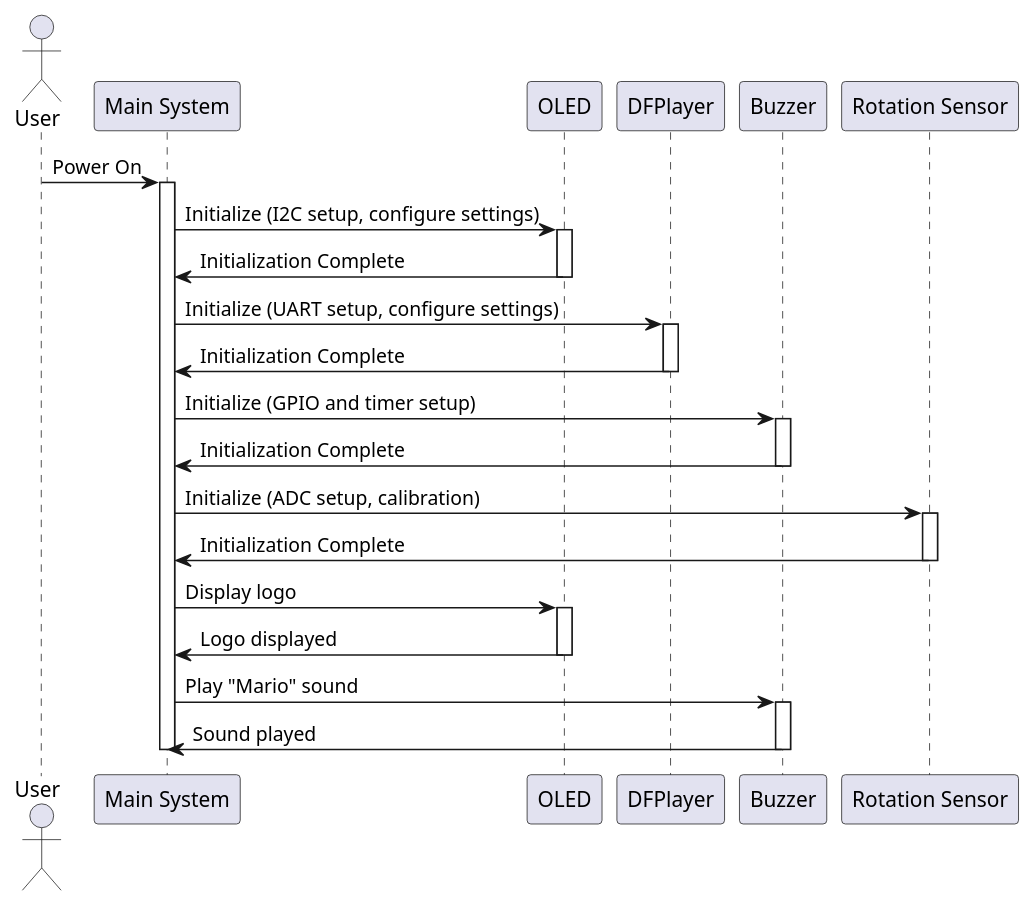
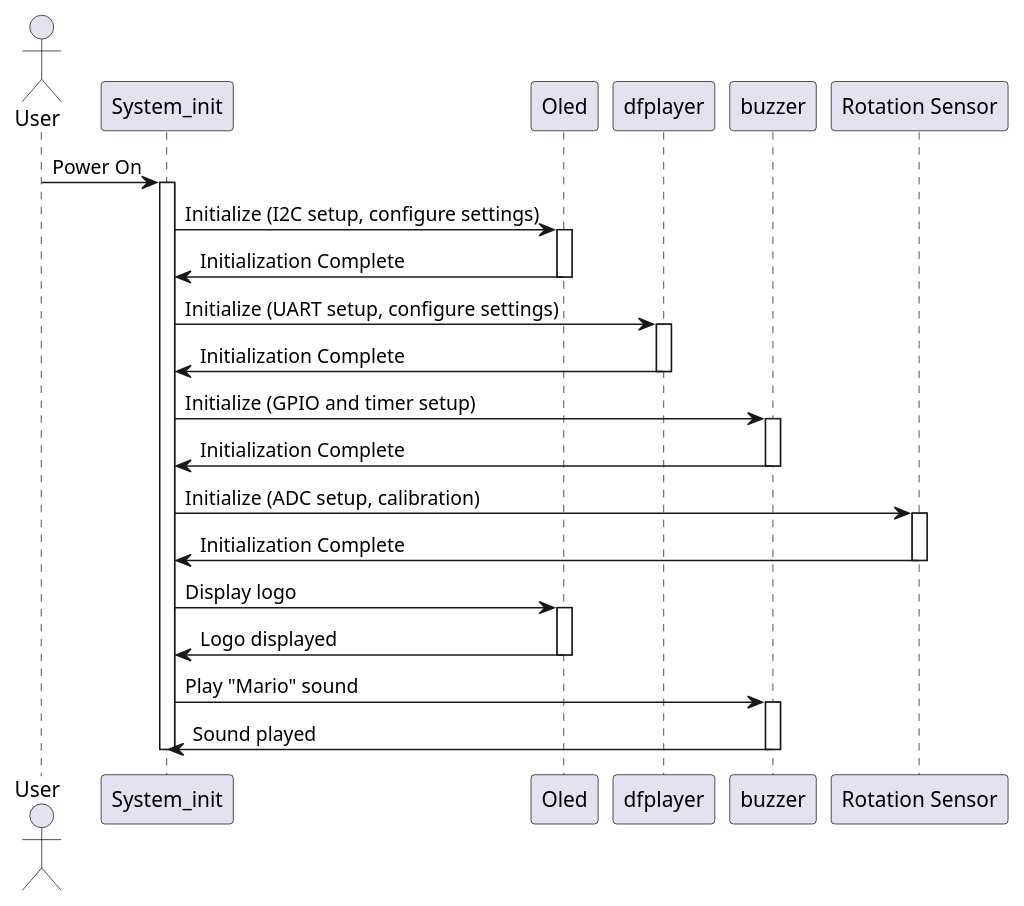
One commit to toannguyentien-itr-intern/MP3_Player changed the diagram in Documents/Seqence_diagram/Initialzation.wsd. Above: the diagram before and after it, drawn with PlantUML.

Commit message:
Update: Rename the participant variable

```diff
--- a/Documents/Seqence_diagram/Initialzation.wsd
+++ b/Documents/Seqence_diagram/Initialzation.wsd
@@ -1,43 +1,44 @@
-@startuml
+@startuml Initialization
+
 actor User
-participant "Main System" as MainSystem
-participant OLED
-participant DFPlayer
-participant Buzzer
-participant "Rotation Sensor" as RotationSensor
+participant "System_init"   as    MainSystem
+participant OLED            as    "Oled"
+participant DFPlayer        as    "dfplayer"
+participant Buzzer          as    "buzzer"
+participant RotationSensor  as    "Rotation Sensor" 
 
 User -> MainSystem: Power On
 activate MainSystem
 
 MainSystem -> OLED: Initialize (I2C setup, configure settings)
 activate OLED
 OLED -> MainSystem: Initialization Complete
 deactivate OLED
 
 MainSystem -> DFPlayer: Initialize (UART setup, configure settings)
 activate DFPlayer
 DFPlayer -> MainSystem: Initialization Complete
 deactivate DFPlayer
 
 MainSystem -> Buzzer: Initialize (GPIO and timer setup)
 activate Buzzer
 Buzzer -> MainSystem: Initialization Complete
 deactivate Buzzer
 
 MainSystem -> RotationSensor: Initialize (ADC setup, calibration)
 activate RotationSensor
 RotationSensor -> MainSystem: Initialization Complete
 deactivate RotationSensor
 
 MainSystem -> OLED: Display logo
 activate OLED
 OLED -> MainSystem: Logo displayed
 deactivate OLED
 
 MainSystem -> Buzzer: Play "Mario" sound
 activate Buzzer
 Buzzer -> MainSystem: Sound played
 deactivate Buzzer
 
 deactivate MainSystem
 @enduml
```
